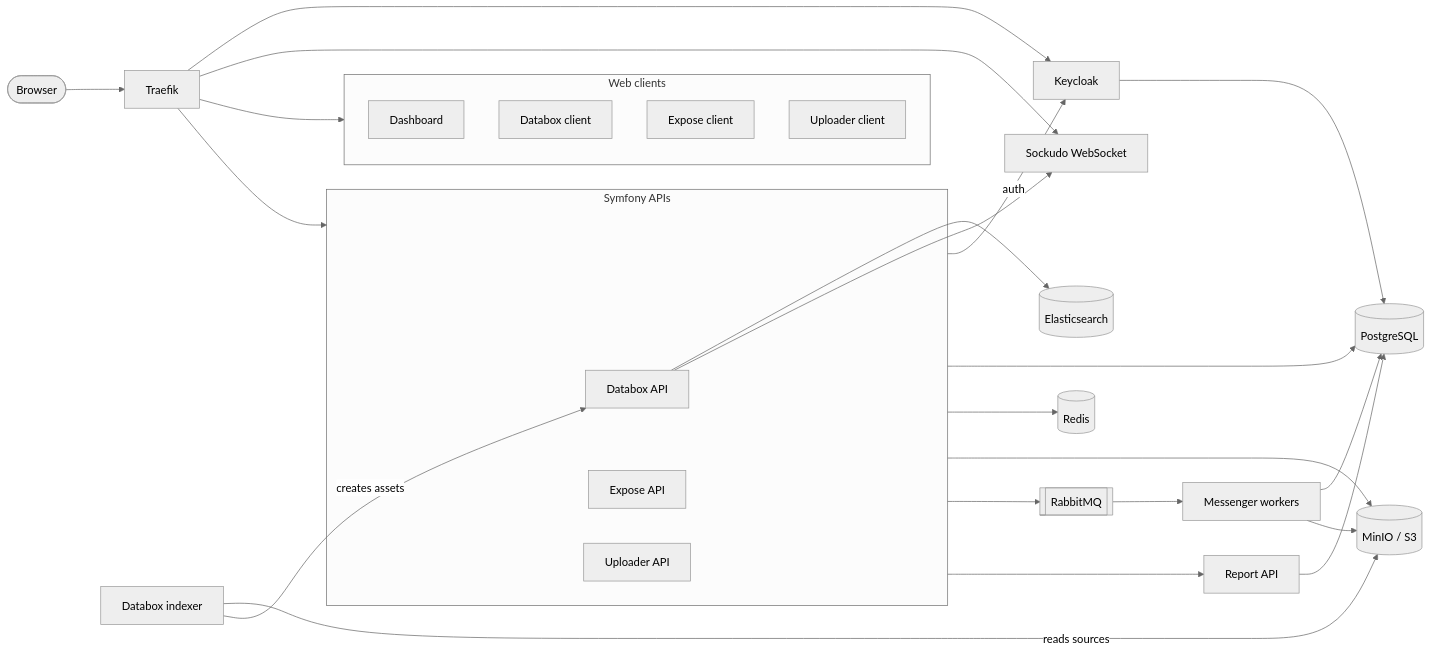
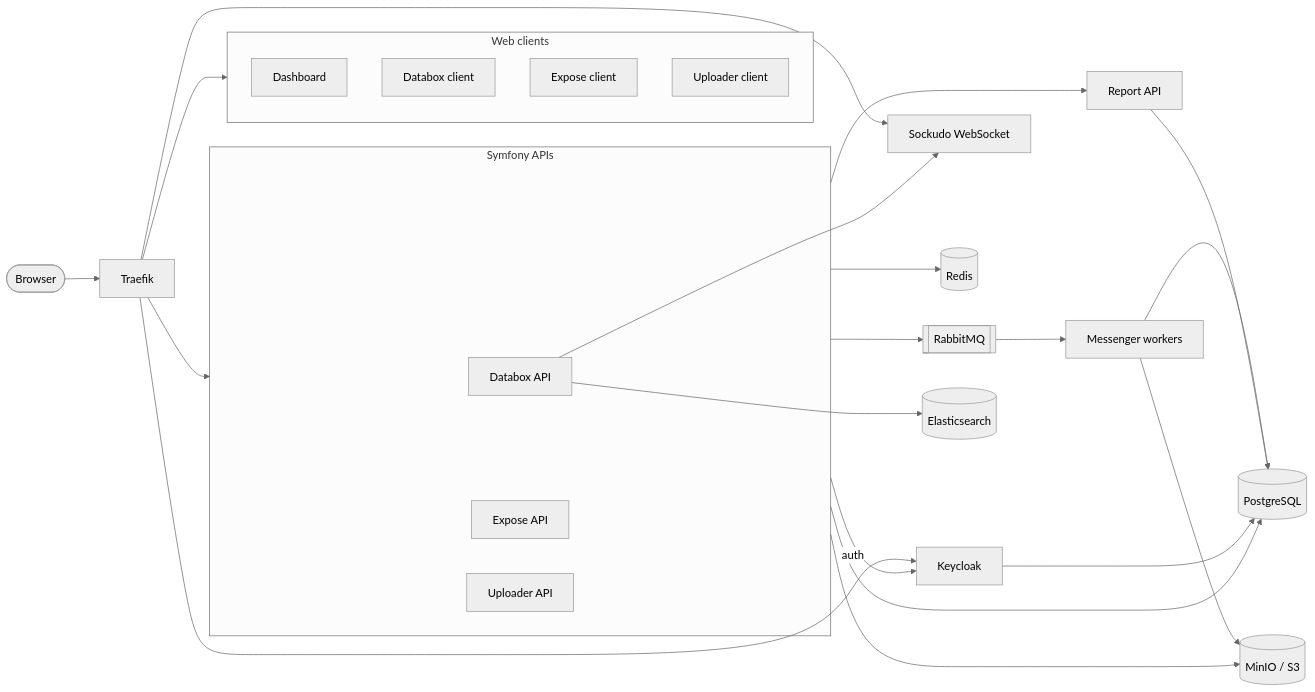
One commit to alchemy-fr/phrasea changed the diagram in README.md. Above: the diagram before and after it, drawn with Mermaid (neutral theme). The commit also changed other lines of this file and 143 other files, not shown here.

First line of the commit message:
chore: move the Databox indexer to alchemy-fr/databox-indexer

````diff
--- a/README.md
+++ b/README.md
@@ -82,41 +82,38 @@
 ```mermaid
 flowchart LR
     browser([Browser]) --> traefik[Traefik]
 
     subgraph clients[Web clients]
         dashboard[Dashboard]
         databoxClient[Databox client]
         exposeClient[Expose client]
         uploaderClient[Uploader client]
     end
 
     subgraph apis[Symfony APIs]
         databoxApi[Databox API]
         exposeApi[Expose API]
         uploaderApi[Uploader API]
     end
 
     traefik --> clients
     traefik --> apis
     traefik --> keycloak[Keycloak]
     traefik --> sockudo[Sockudo WebSocket]
 
     apis -- auth --> keycloak
     apis --> pg[(PostgreSQL)]
     apis --> redis[(Redis)]
     apis --> s3[(MinIO / S3)]
     apis --> rabbitmq[[RabbitMQ]]
     apis --> report[Report API]
     databoxApi --> es[(Elasticsearch)]
     databoxApi --> sockudo
 
     rabbitmq --> workers[Messenger workers]
     workers --> pg
     workers --> s3
 
     report --> pg
     keycloak --> pg
-
-    indexer[Databox indexer] -- reads sources --> s3
-    indexer -- creates assets --> databoxApi
 ```
````
